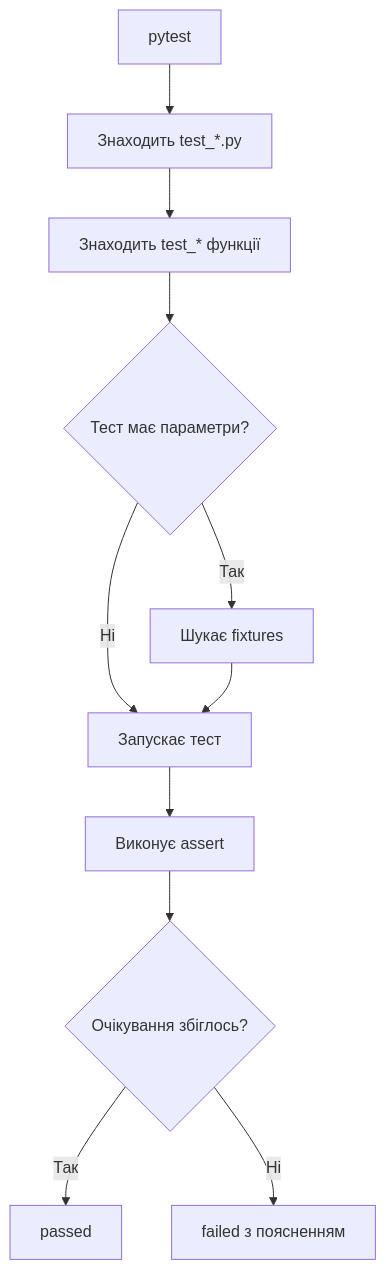
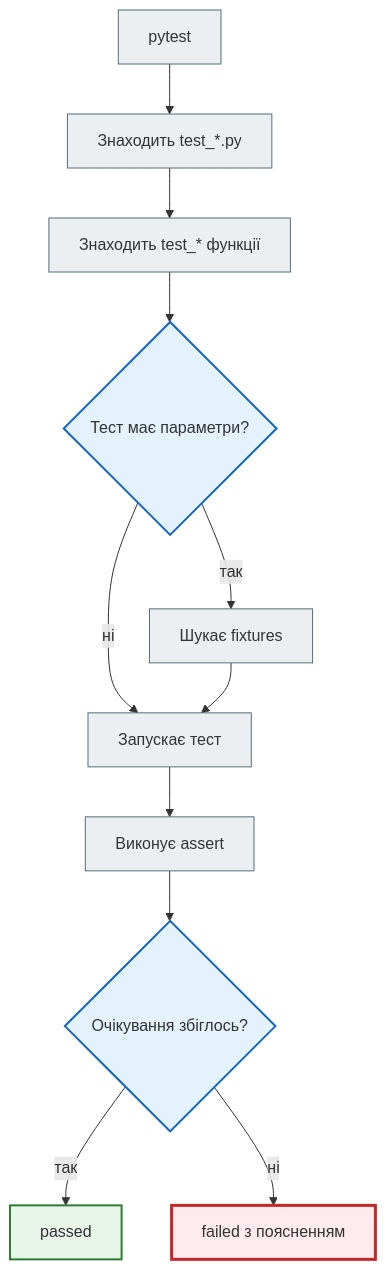
One commit to NikoriakViktot/notes_chat_app changed the diagram in docs/08_testing_and_quality/pytest_basics_full.md. Above: the diagram before and after it, drawn with Mermaid. The commit also changed other lines of this file and 441 other files, not shown here.

First line of the commit message:
Add English version of the book, Mermaid standard, docs fixes

````diff
--- a/docs/08_testing_and_quality/pytest_basics_full.md
+++ b/docs/08_testing_and_quality/pytest_basics_full.md
@@ -342,13 +343,22 @@
 ```mermaid
 flowchart TD
     A["pytest"] --> B["Знаходить test_*.py"]
     B --> C["Знаходить test_* функції"]
     C --> D{"Тест має параметри?"}
-    D -->|Так| E["Шукає fixtures"]
-    D -->|Ні| F["Запускає тест"]
+    D -->|так| E["Шукає fixtures"]
+    D -->|ні| F["Запускає тест"]
     E --> F
     F --> G["Виконує assert"]
     G --> H{"Очікування збіглось?"}
-    H -->|Так| I["passed"]
-    H -->|Ні| J["failed з поясненням"]
+    H -->|так| I["passed"]
+    H -->|ні| J["failed з поясненням"]
+
+    classDef step     fill:#eceff1,stroke:#546e7a,stroke-width:1px;
+    classDef decision fill:#e3f2fd,stroke:#1565c0,stroke-width:2px;
+    classDef success  fill:#e8f5e9,stroke:#2e7d32,stroke-width:2px;
+    classDef error    fill:#ffebee,stroke:#c62828,stroke-width:3px;
+    class A,B,C,E,F,G step;
+    class D,H decision;
+    class I success;
+    class J error;
 ```
````
